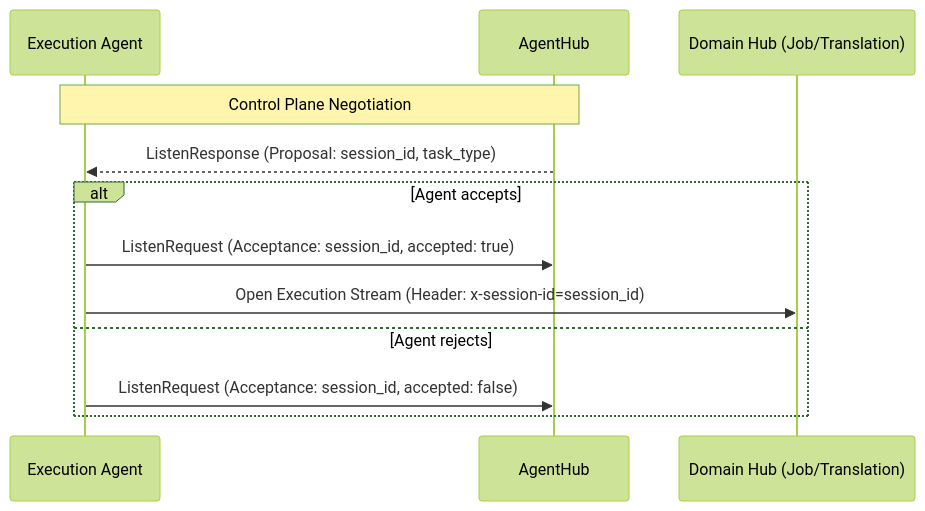
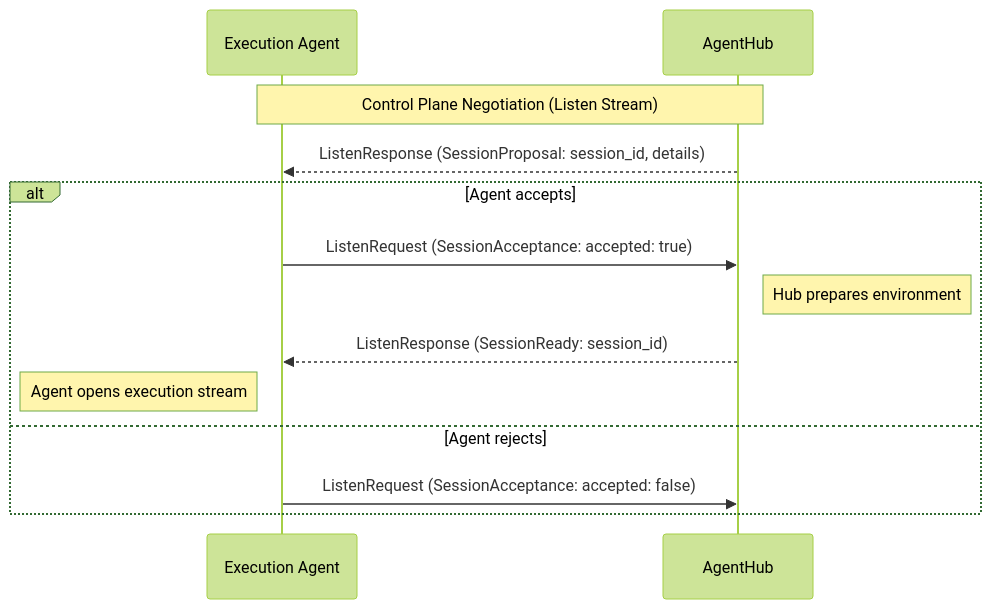
The second of 3 diagrams in specification/PROTOCOL.md (HSGamer/TestGenesis), drawn with Mermaid (forest theme) before and after one commit. The commit also changed other lines of this file, not shown here.

Commit message:
docs: update PROTOCOL.md to consolidate execution logic into the AgentHub service and clarify stream-based session management

````diff
--- a/specification/PROTOCOL.md
+++ b/specification/PROTOCOL.md
@@ -51,15 +50,16 @@
 ```mermaid
 sequenceDiagram
     participant A as Execution Agent
     participant H as AgentHub
-    participant EH as Domain Hub (Job/Translation)
 
-    Note over A,H: Control Plane Negotiation
-    H-->>A: ListenResponse (Proposal: session_id, task_type)
+    Note over A,H: Control Plane Negotiation (Listen Stream)
+    H-->>A: ListenResponse (SessionProposal: session_id, details)
     alt Agent accepts
-        A->>H: ListenRequest (Acceptance: session_id, accepted: true)
-        A->>EH: Open Execution Stream (Header: x-session-id=session_id)
+        A->>H: ListenRequest (SessionAcceptance: accepted: true)
+        Note right of H: Hub prepares environment
+        H-->>A: ListenResponse (SessionReady: session_id)
+        Note left of A: Agent opens execution stream
     else Agent rejects
-        A->>H: ListenRequest (Acceptance: session_id, accepted: false)
+        A->>H: ListenRequest (SessionAcceptance: accepted: false)
     end
 ```
````
